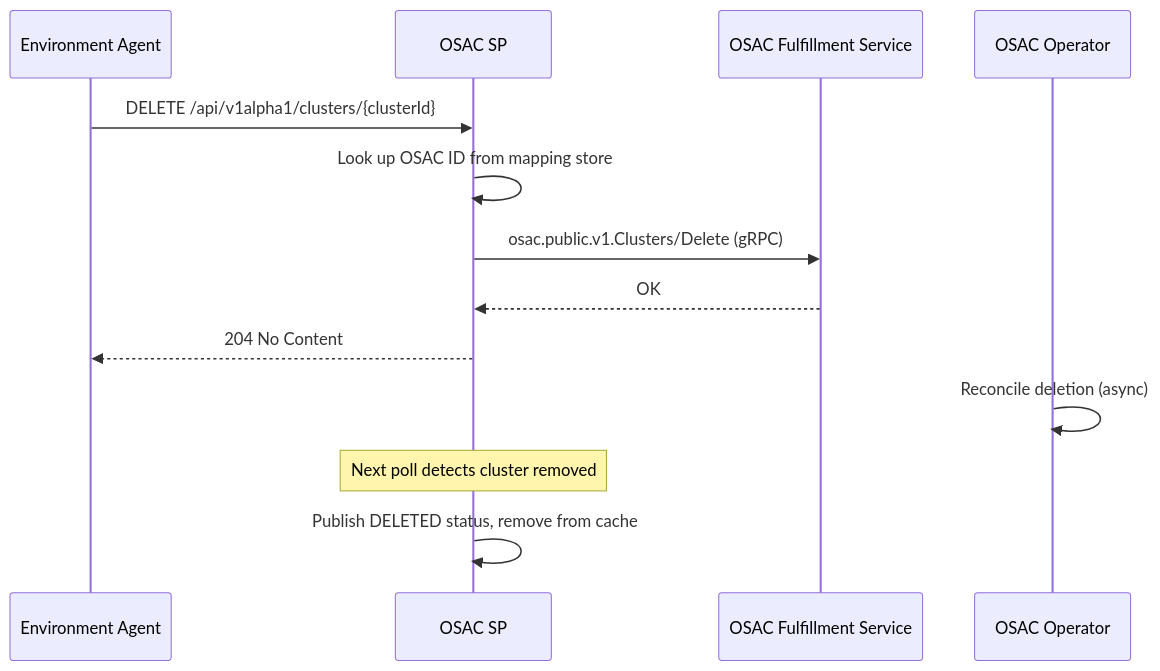
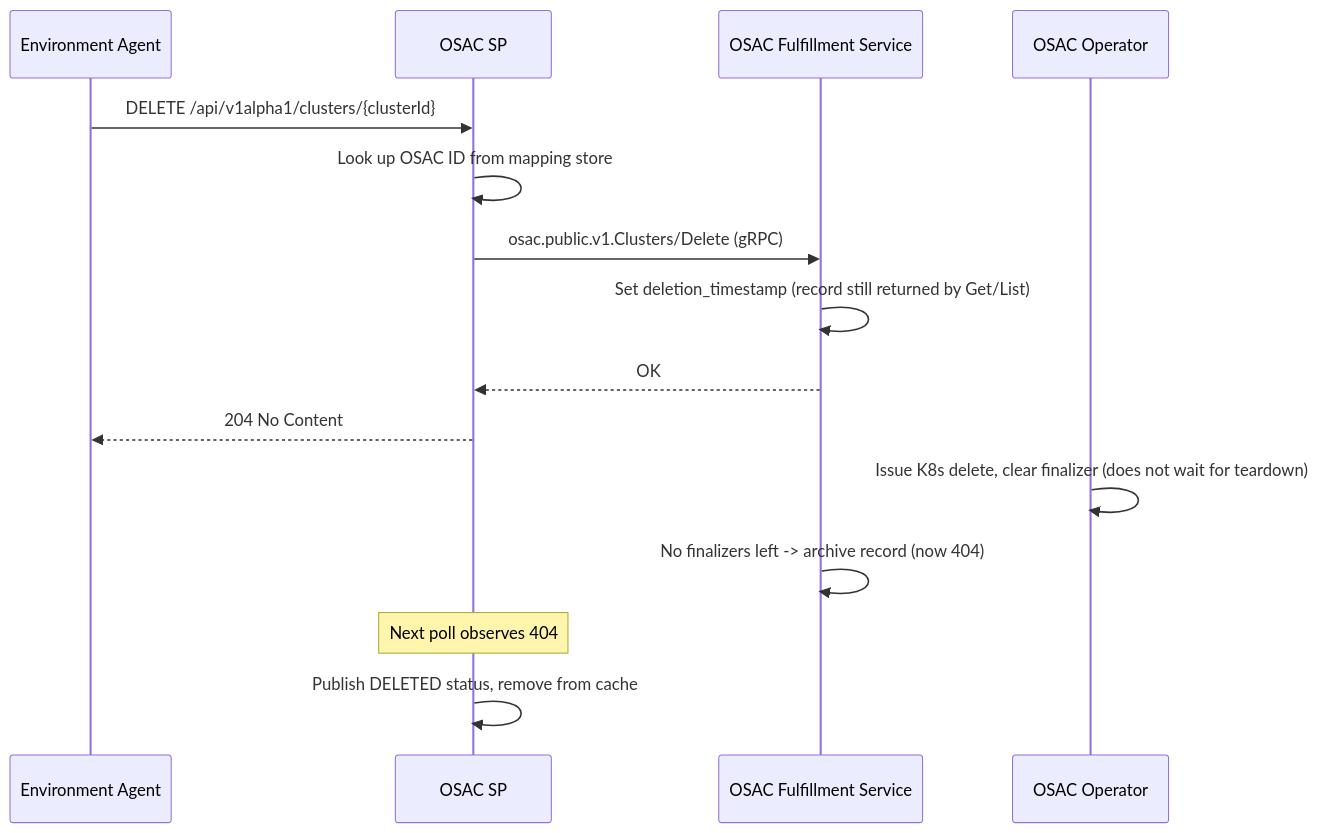
The fourth of 5 diagrams in enhancements/osac-sp/osac-sp.md (dcm-project/enhancements), drawn with Mermaid before and after one commit. The commit also changed other lines of this file and 1 other file, not shown here.

First line of the commit message:
osac-sp: fix stale delete-flow text, catch up doc with PR discussion

````diff
--- a/enhancements/osac-sp/osac-sp.md
+++ b/enhancements/osac-sp/osac-sp.md
@@ -740,16 +758,18 @@
 ```mermaid
 sequenceDiagram
     participant AG as Environment Agent
     participant SP as OSAC SP
     participant FS as OSAC Fulfillment Service
     participant OP as OSAC Operator
 
     AG->>SP: DELETE /api/v1alpha1/clusters/{clusterId}
     SP->>SP: Look up OSAC ID from mapping store
     SP->>FS: osac.public.v1.Clusters/Delete (gRPC)
+    FS->>FS: Set deletion_timestamp (record still returned by Get/List)
     FS-->>SP: OK
     SP-->>AG: 204 No Content
-    OP->>OP: Reconcile deletion (async)
-    Note over SP: Next poll detects cluster removed
+    OP->>OP: Issue K8s delete, clear finalizer (does not wait for teardown)
+    FS->>FS: No finalizers left -> archive record (now 404)
+    Note over SP: Next poll observes 404
     SP->>SP: Publish DELETED status, remove from cache
 ```
````
